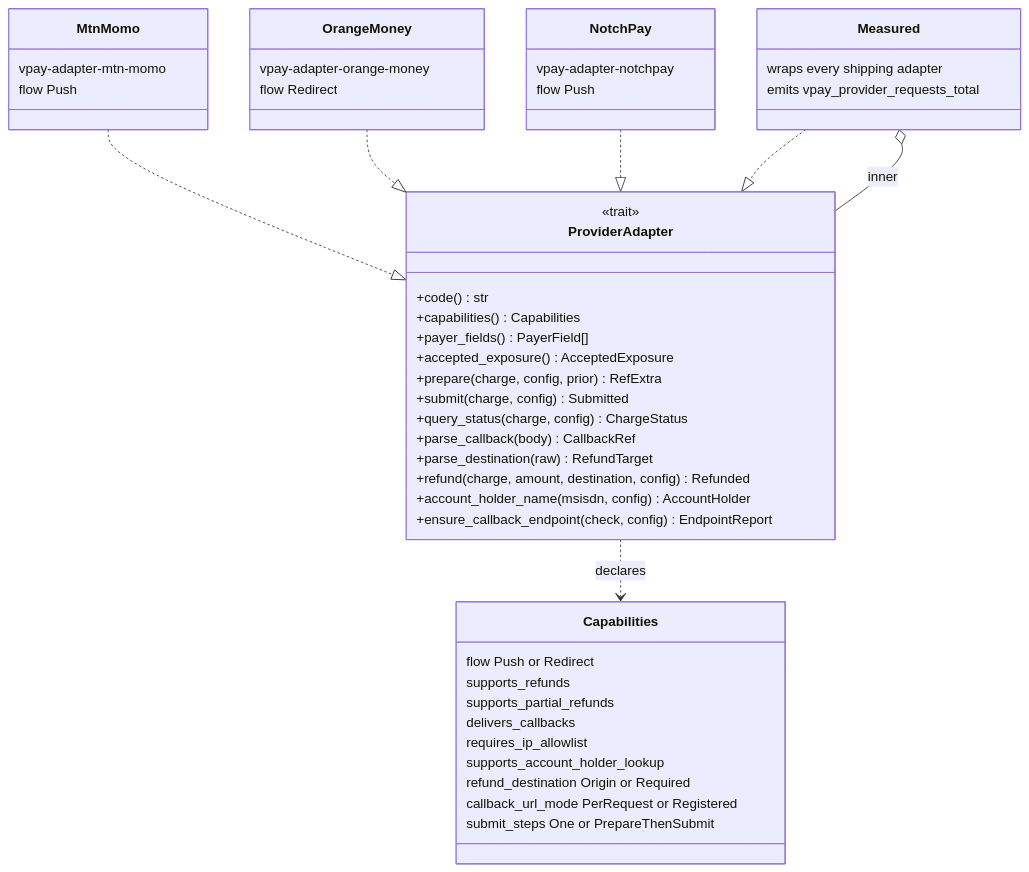
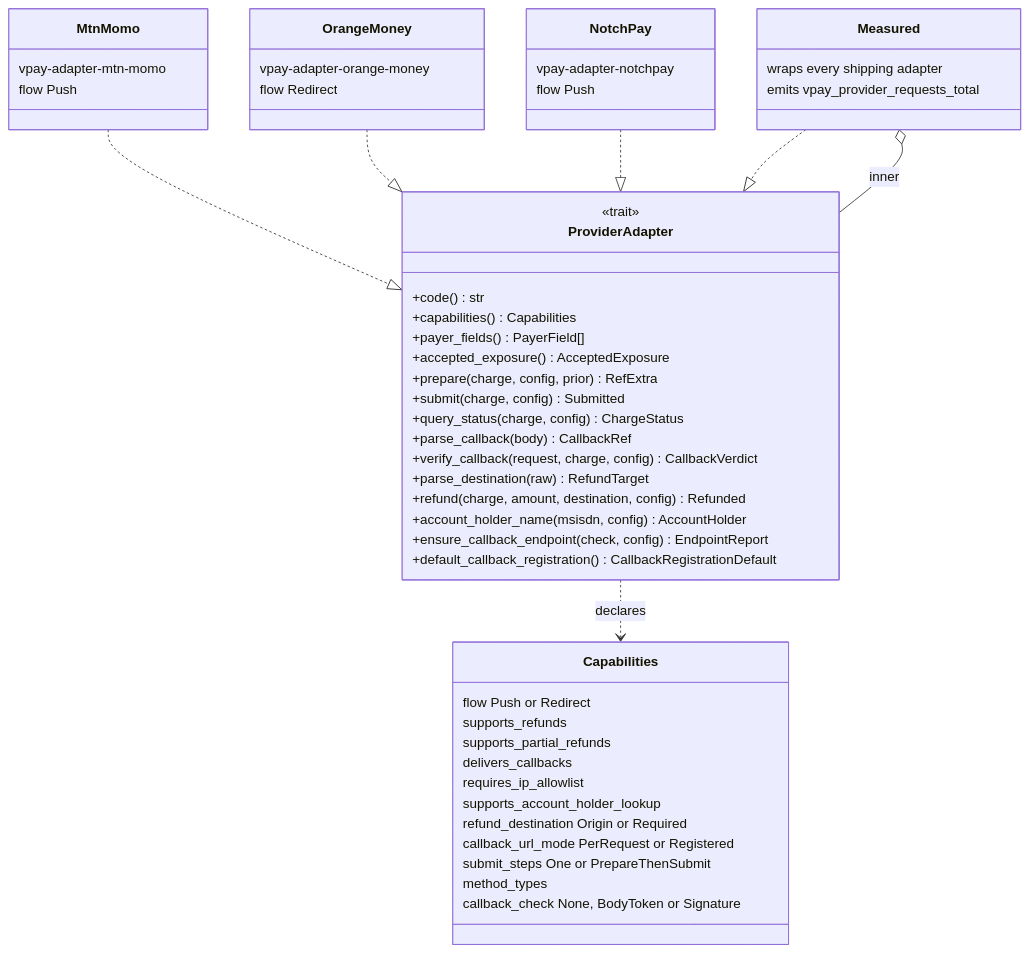
Before and after one commit to vaam-apps/vpay-docs: the first of 3 diagrams in docs/rails/provider-port.md, drawn with Mermaid. The commit also changed other lines of this file and 21 other files, not shown here.

````diff
--- a/docs/rails/provider-port.md
+++ b/docs/rails/provider-port.md
@@ -52,51 +58,55 @@
 ```mermaid
 classDiagram
     class ProviderAdapter {
         <<trait>>
         +code() str
         +capabilities() Capabilities
         +payer_fields() PayerField[]
         +accepted_exposure() AcceptedExposure
         +prepare(charge, config, prior) RefExtra
         +submit(charge, config) Submitted
         +query_status(charge, config) ChargeStatus
         +parse_callback(body) CallbackRef
+        +verify_callback(request, charge, config) CallbackVerdict
         +parse_destination(raw) RefundTarget
         +refund(charge, amount, destination, config) Refunded
         +account_holder_name(msisdn, config) AccountHolder
         +ensure_callback_endpoint(check, config) EndpointReport
+        +default_callback_registration() CallbackRegistrationDefault
     }
     class Capabilities {
         flow Push or Redirect
         supports_refunds
         supports_partial_refunds
         delivers_callbacks
         requires_ip_allowlist
         supports_account_holder_lookup
         refund_destination Origin or Required
         callback_url_mode PerRequest or Registered
         submit_steps One or PrepareThenSubmit
+        method_types
+        callback_check None, BodyToken or Signature
     }
     class Measured {
         wraps every shipping adapter
         emits vpay_provider_requests_total
     }
     class MtnMomo {
         vpay-adapter-mtn-momo
         flow Push
     }
     class OrangeMoney {
         vpay-adapter-orange-money
         flow Redirect
     }
     class NotchPay {
         vpay-adapter-notchpay
         flow Push
     }
     ProviderAdapter ..> Capabilities : declares
     MtnMomo ..|> ProviderAdapter
     OrangeMoney ..|> ProviderAdapter
     NotchPay ..|> ProviderAdapter
     Measured ..|> ProviderAdapter
     Measured o-- ProviderAdapter : inner
 ```
````
